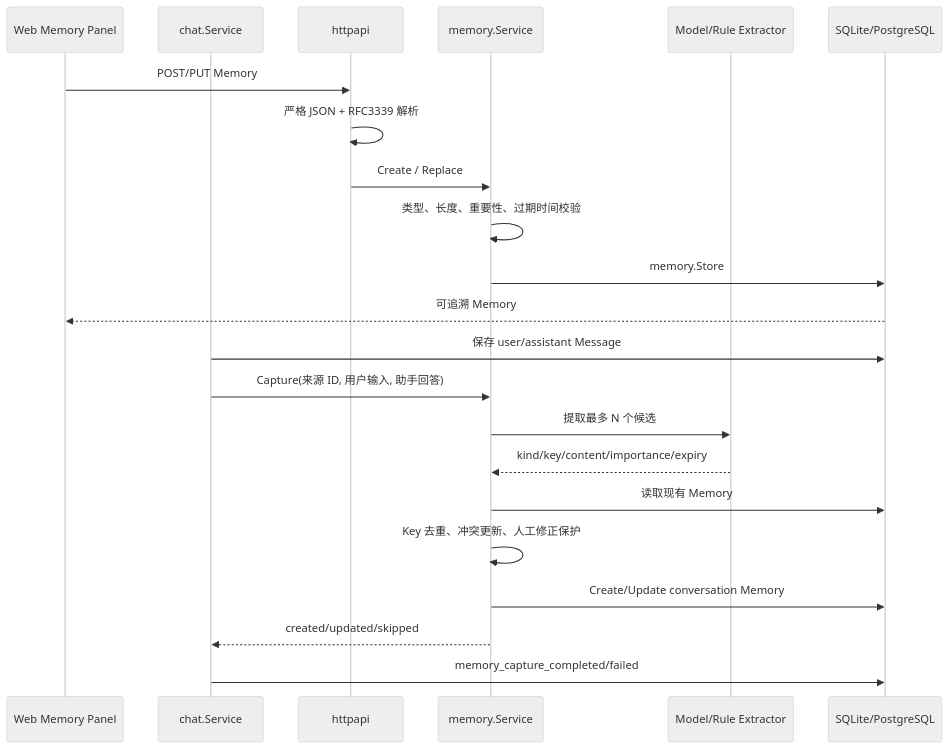
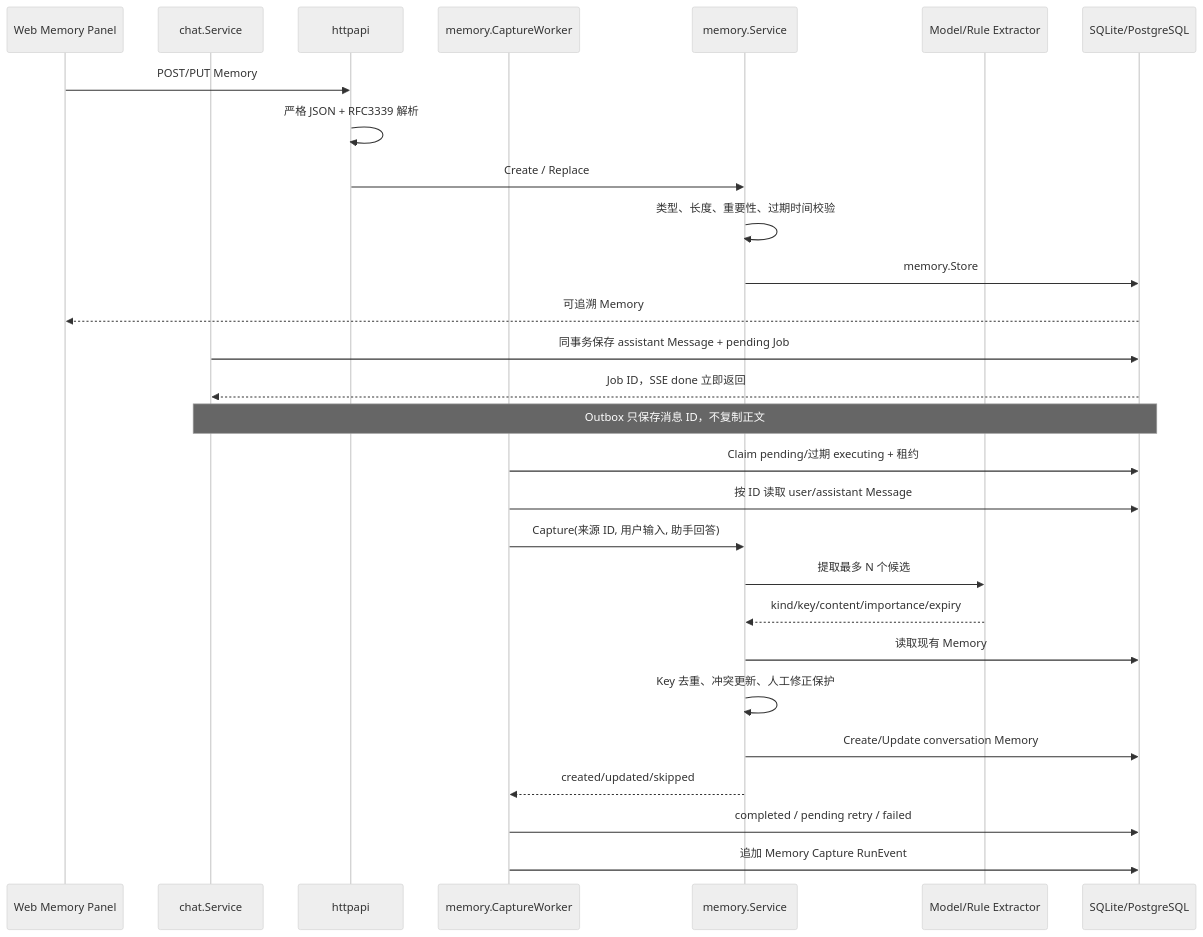
Before and after one commit to zora-DD/zora: the sixth of 9 diagrams in docs/technical-design.md, drawn with Mermaid (neutral theme). The commit also changed other lines of this file and 37 other files, not shown here.

````diff
--- a/docs/technical-design.md
+++ b/docs/technical-design.md
@@ -609,26 +623,32 @@
 ```mermaid
 sequenceDiagram
     participant UI as Web Memory Panel
     participant Chat as chat.Service
     participant API as httpapi
+    participant Worker as memory.CaptureWorker
     participant Service as memory.Service
     participant Extractor as Model/Rule Extractor
     participant DB as SQLite/PostgreSQL
 
     UI->>API: POST/PUT Memory
     API->>API: 严格 JSON + RFC3339 解析
     API->>Service: Create / Replace
     Service->>Service: 类型、长度、重要性、过期时间校验
     Service->>DB: memory.Store
     DB-->>UI: 可追溯 Memory
 
-    Chat->>DB: 保存 user/assistant Message
-    Chat->>Service: Capture(来源 ID, 用户输入, 助手回答)
+    Chat->>DB: 同事务保存 assistant Message + pending Job
+    DB-->>Chat: Job ID，SSE done 立即返回
+    Note over Chat,DB: Outbox 只保存消息 ID，不复制正文
+    Worker->>DB: Claim pending/过期 executing + 租约
+    Worker->>DB: 按 ID 读取 user/assistant Message
+    Worker->>Service: Capture(来源 ID, 用户输入, 助手回答)
     Service->>Extractor: 提取最多 N 个候选
     Extractor-->>Service: kind/key/content/importance/expiry
     Service->>DB: 读取现有 Memory
     Service->>Service: Key 去重、冲突更新、人工修正保护
     Service->>DB: Create/Update conversation Memory
-    Service-->>Chat: created/updated/skipped
-    Chat->>DB: memory_capture_completed/failed
+    Service-->>Worker: created/updated/skipped
+    Worker->>DB: completed / pending retry / failed
+    Worker->>DB: 追加 Memory Capture RunEvent
 ```
````
